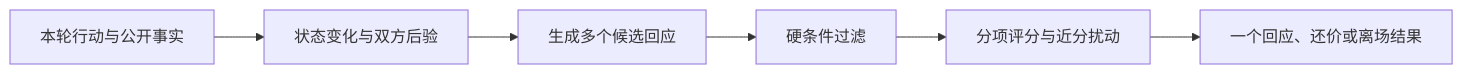
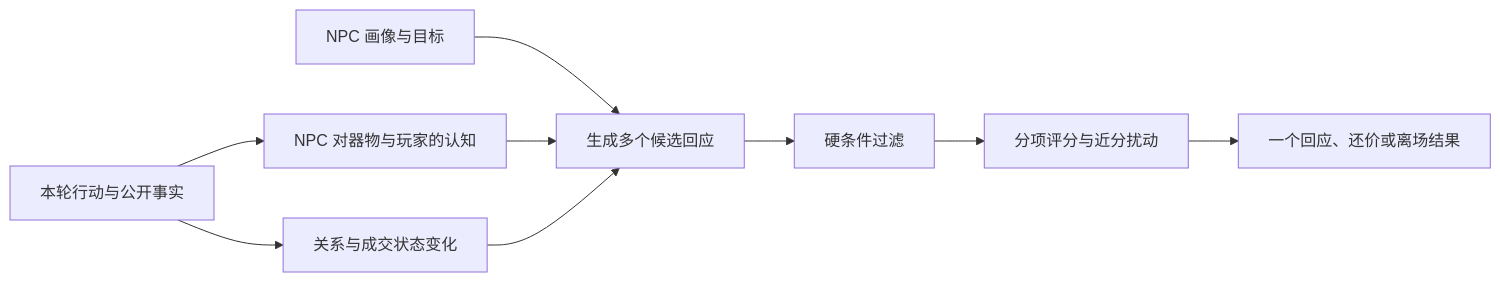
The second of 2 diagrams in README.md (NomuTsuki/zhangyan), drawn with Mermaid before and after one commit. The commit also changed other lines of this file and 26 other files, not shown here.

````diff
--- a/README.md
+++ b/README.md
@@ -75,8 +84,11 @@
 ```mermaid
 flowchart LR
-    I["本轮行动与公开事实"] --> D["状态变化与双方后验"]
-    D --> C["生成多个候选回应"]
+    I["本轮行动与公开事实"] --> B["NPC 对器物与玩家的认知"]
+    I --> D["关系与成交状态变化"]
+    P["NPC 画像与目标"] --> C["生成多个候选回应"]
+    B --> C
+    D --> C
     C --> F["硬条件过滤"]
     F --> S["分项评分与近分扰动"]
     S --> O["一个回应、还价或离场结果"]
 ```
````
